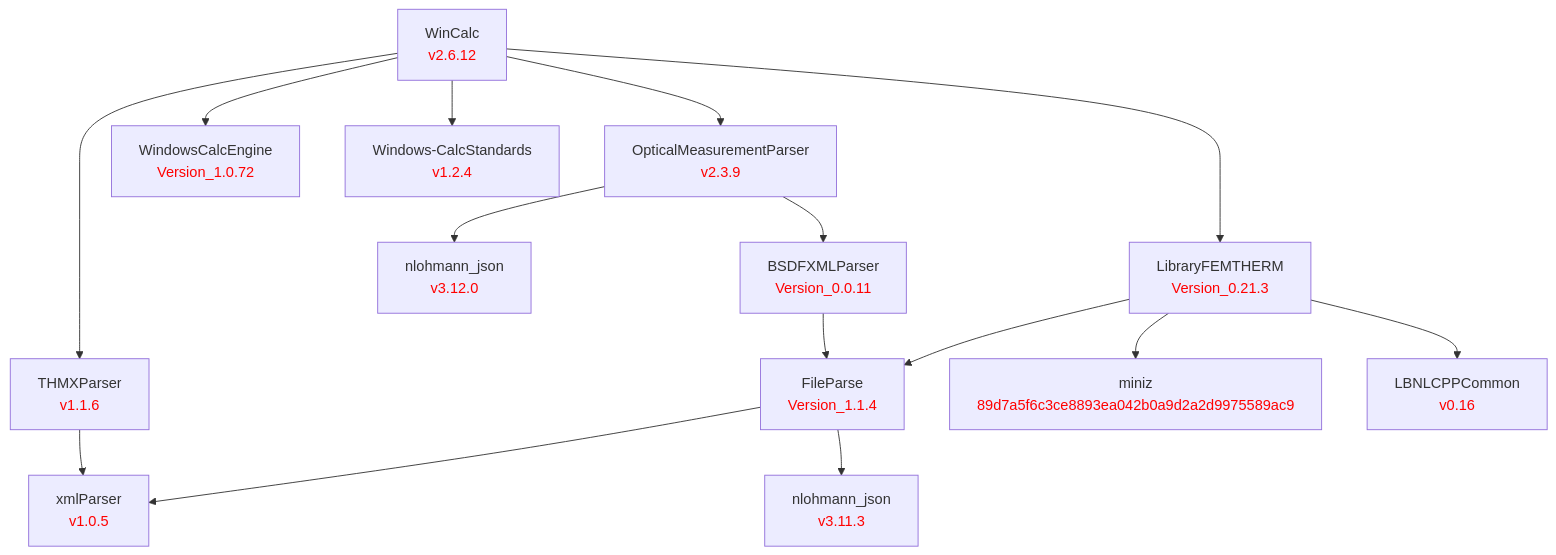
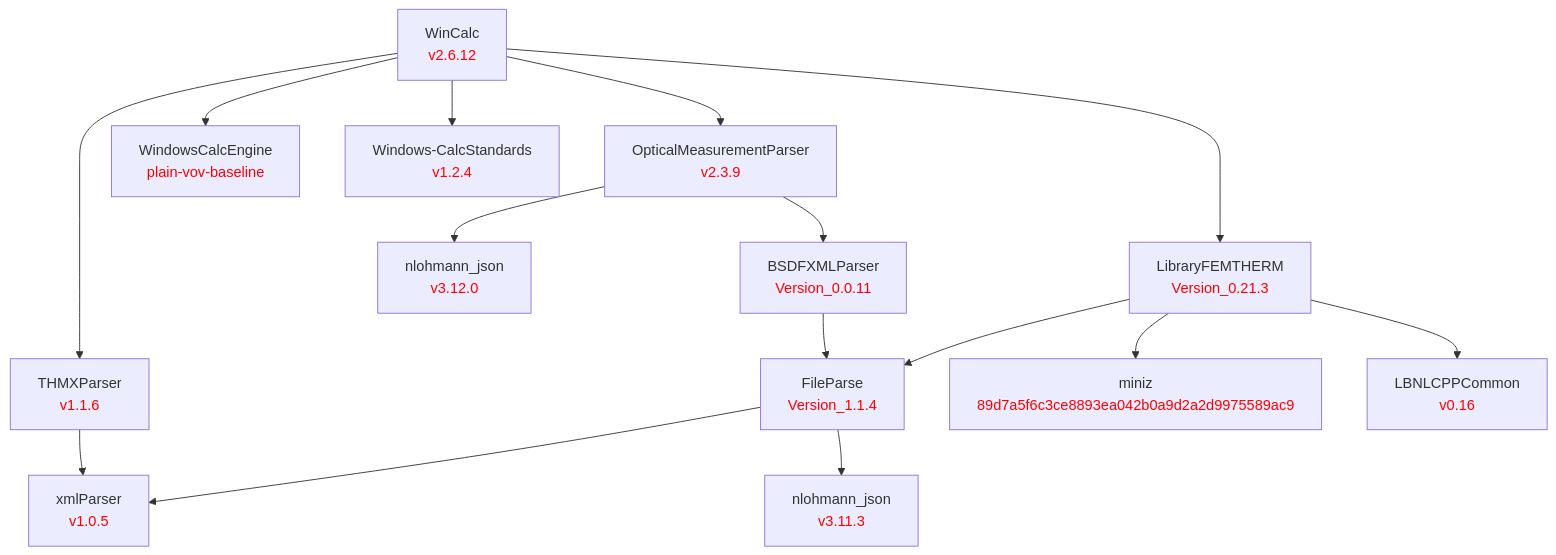
Before and after one commit to LBNL-ETA/WinCalc: the diagram in doc/WinCalc.md, drawn with Mermaid. The commit also changed 519 other files, not shown here.

````diff
--- a/doc/WinCalc.md
+++ b/doc/WinCalc.md
@@ -1,49 +1,49 @@
 ```mermaid
 graph TD
     %% Level 0
     WinCalc[WinCalc<br/><font color='red'>v2.6.12</font>]
 
     %% Level 1 - direct dependencies
     OpticalMeasurementParser[OpticalMeasurementParser<br/><font color='red'>v2.3.9</font>]
     THMXParser[THMXParser<br/><font color='red'>v1.1.6</font>]
-    WindowsCalcEngine[WindowsCalcEngine<br/><font color='red'>Version_1.0.72</font>]
+    WindowsCalcEngine[WindowsCalcEngine<br/><font color='red'>plain-vov-baseline</font>]
     Windows-CalcStandards[Windows-CalcStandards<br/><font color='red'>v1.2.4</font>]
     LibraryFEMTHERM[LibraryFEMTHERM<br/><font color='red'>Version_0.21.3</font>]
 
     %% Level 2
     nlohmann_omp[nlohmann_json<br/><font color='red'>v3.12.0</font>]
     BSDFXMLParser[BSDFXMLParser<br/><font color='red'>Version_0.0.11</font>]
     FileParse[FileParse<br/><font color='red'>Version_1.1.4</font>]
     miniz[miniz<br/><font color='red'>89d7a5f6c3ce8893ea042b0a9d2a2d9975589ac9</font>]
     LBNLCPPCommon[LBNLCPPCommon<br/><font color='red'>v0.16</font>]
 
     %% Level 3
     xmlParser[xmlParser<br/><font color='red'>v1.0.5</font>]
     nlohmann_fp[nlohmann_json<br/><font color='red'>v3.11.3</font>]
 
     %% WinCalc dependencies
     WinCalc --> OpticalMeasurementParser
     WinCalc --> THMXParser
     WinCalc --> WindowsCalcEngine
     WinCalc --> Windows-CalcStandards
     WinCalc --> LibraryFEMTHERM
 
     %% OpticalMeasurementParser dependencies
     OpticalMeasurementParser --> nlohmann_omp
     OpticalMeasurementParser --> BSDFXMLParser
 
     %% LibraryFEMTHERM dependencies
     LibraryFEMTHERM --> FileParse
     LibraryFEMTHERM --> miniz
     LibraryFEMTHERM --> LBNLCPPCommon
 
     %% BSDFXMLParser dependencies
     BSDFXMLParser --> FileParse
 
     %% FileParse dependencies
     FileParse --> xmlParser
     FileParse --> nlohmann_fp
 
     %% THMXParser dependencies
     THMXParser --> xmlParser
 ```
````
